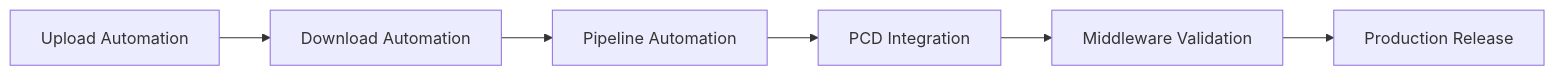
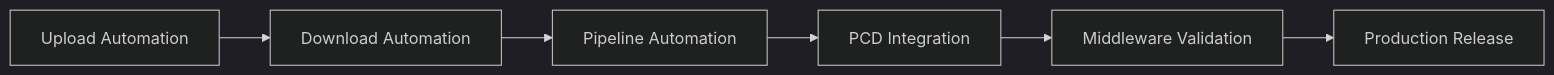
One commit to ChaseRushton/ica-tools changed the fourth of 4 diagrams in README.md. Above: the diagram before and after it, drawn with Mermaid. The commit also changed other lines of this file, not shown here.

Commit message:
Update diagrams for dark mode: - Add dark theme to all mermaid diagrams - Update color scheme for better contrast - Add subgraph styling for architecture diagram

````diff
--- a/README.md
+++ b/README.md
@@ -292,8 +298,9 @@
 ```mermaid
+%%{init: {'theme': 'dark'}}%%
 graph LR
     A[Upload Automation] --> B[Download Automation]
     B --> C[Pipeline Automation]
     C --> D[PCD Integration]
     D --> E[Middleware Validation]
     E --> F[Production Release]
 ```
````
